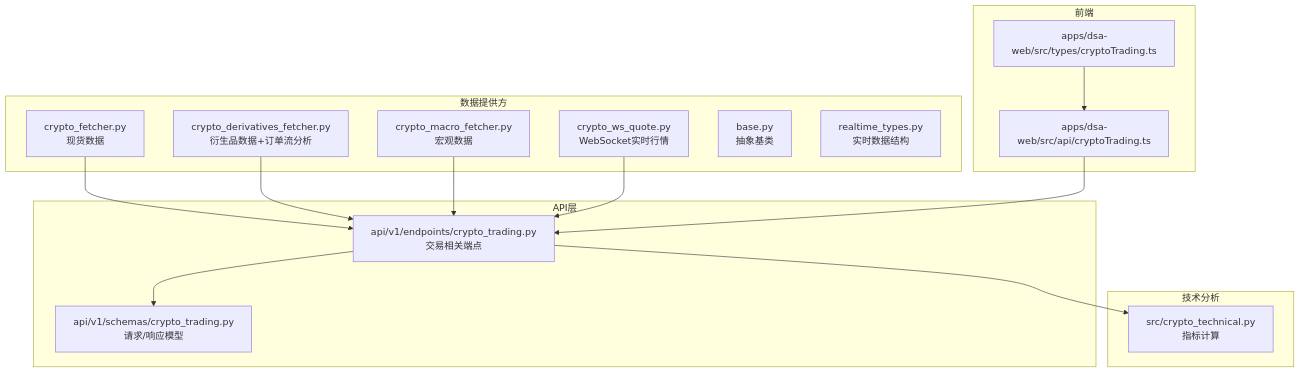
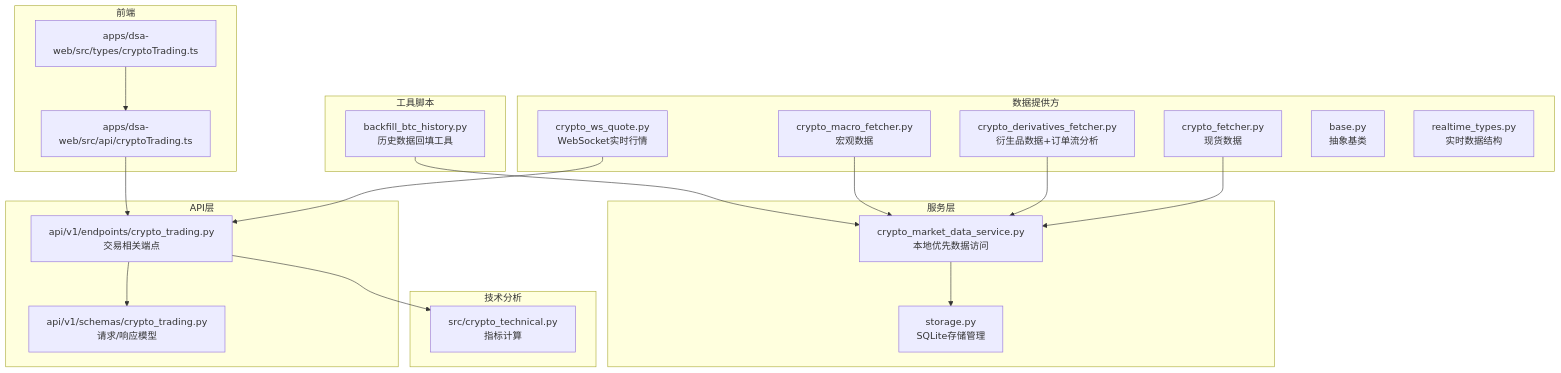
The first of 14 diagrams in .qoder/repowiki/zh/content/数据源集成/股票数据源/加密货币数据提供商.md (anYaoooo/daily_stock_analysis), drawn with Mermaid before and after one commit. The commit also changed other lines of this file and 16 other files, not shown here.

````diff
--- a/.qoder/repowiki/zh/content/数据源集成/股票数据源/加密货币数据提供商.md
+++ b/.qoder/repowiki/zh/content/数据源集成/股票数据源/加密货币数据提供商.md
@@ -52,30 +60,39 @@
 ```mermaid
 graph TB
 subgraph "数据提供方"
 CF["crypto_fetcher.py<br/>现货数据"]
 CDF["crypto_derivatives_fetcher.py<br/>衍生品数据+订单流分析"]
 CMF["crypto_macro_fetcher.py<br/>宏观数据"]
 CWS["crypto_ws_quote.py<br/>WebSocket实时行情"]
 BASE["base.py<br/>抽象基类"]
 RT["realtime_types.py<br/>实时数据结构"]
+end
+subgraph "服务层"
+CMS["crypto_market_data_service.py<br/>本地优先数据访问"]
+DBM["storage.py<br/>SQLite存储管理"]
+end
+subgraph "工具脚本"
+BHS["backfill_btc_history.py<br/>历史数据回填工具"]
 end
 subgraph "技术分析"
 CT["src/crypto_technical.py<br/>指标计算"]
 end
 subgraph "API层"
 API_EP["api/v1/endpoints/crypto_trading.py<br/>交易相关端点"]
 API_SC["api/v1/schemas/crypto_trading.py<br/>请求/响应模型"]
 end
 subgraph "前端"
 FE_API["apps/dsa-web/src/api/cryptoTrading.ts"]
 FE_TYPES["apps/dsa-web/src/types/cryptoTrading.ts"]
 end
-CF --> API_EP
-CDF --> API_EP
-CMF --> API_EP
+CF --> CMS
+CDF --> CMS
+CMF --> CMS
 CWS --> API_EP
+CMS --> DBM
+BHS --> CMS
 API_EP --> API_SC
 API_EP --> CT
 FE_API --> API_EP
 FE_TYPES --> FE_API
 ```
````
